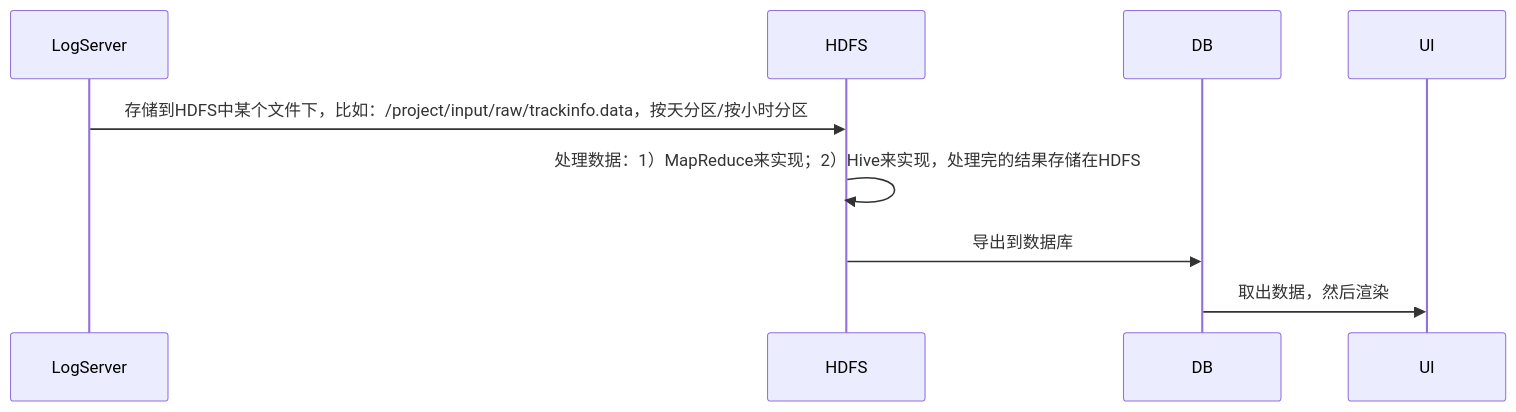
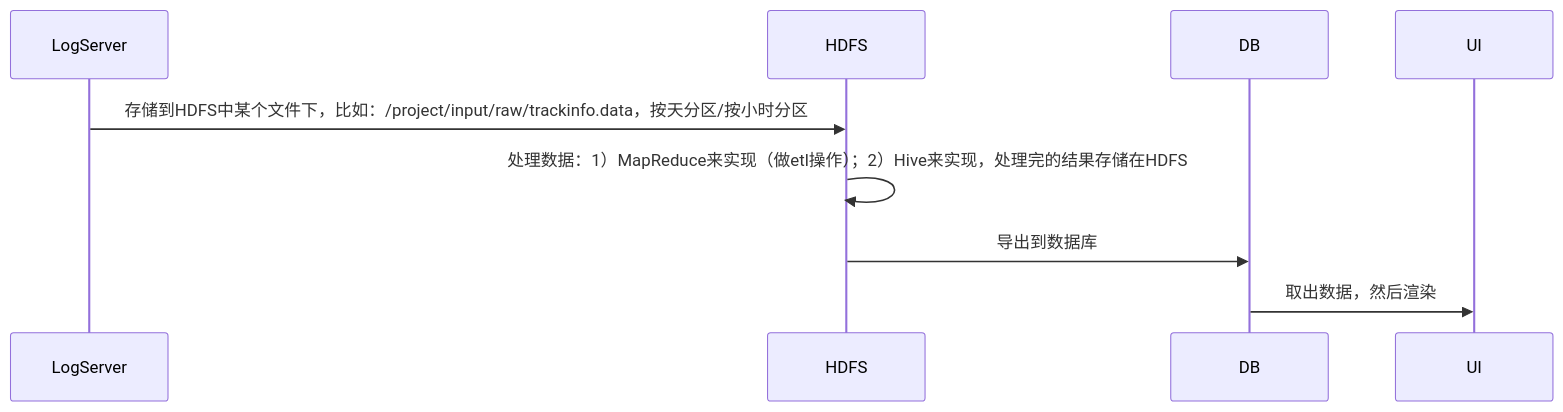
Before and after one commit to somepeopleHavingDream/metadata: the diagram in markdown/hdfs/用户行为日志分析.md, drawn with Mermaid. The commit also changed 2 other files, not shown here.

Commit message:
feat: 增加一些说明

````diff
--- a/markdown/hdfs/用户行为日志分析.md
+++ b/markdown/hdfs/用户行为日志分析.md
@@ -3,11 +3,11 @@
 ```mermaid
 sequenceDiagram
     participant A as LogServer
     participant B as HDFS
     participant C as DB
     participant D as UI
     A->>B: 存储到HDFS中某个文件下，比如：/project/input/raw/trackinfo.data，按天分区/按小时分区
-    B->>B: 处理数据：1）MapReduce来实现；2）Hive来实现，处理完的结果存储在HDFS
+    B->>B: 处理数据：1）MapReduce来实现（做etl操作）；2）Hive来实现，处理完的结果存储在HDFS
     B->>C: 导出到数据库
     C->>D: 取出数据，然后渲染
 ```
````
